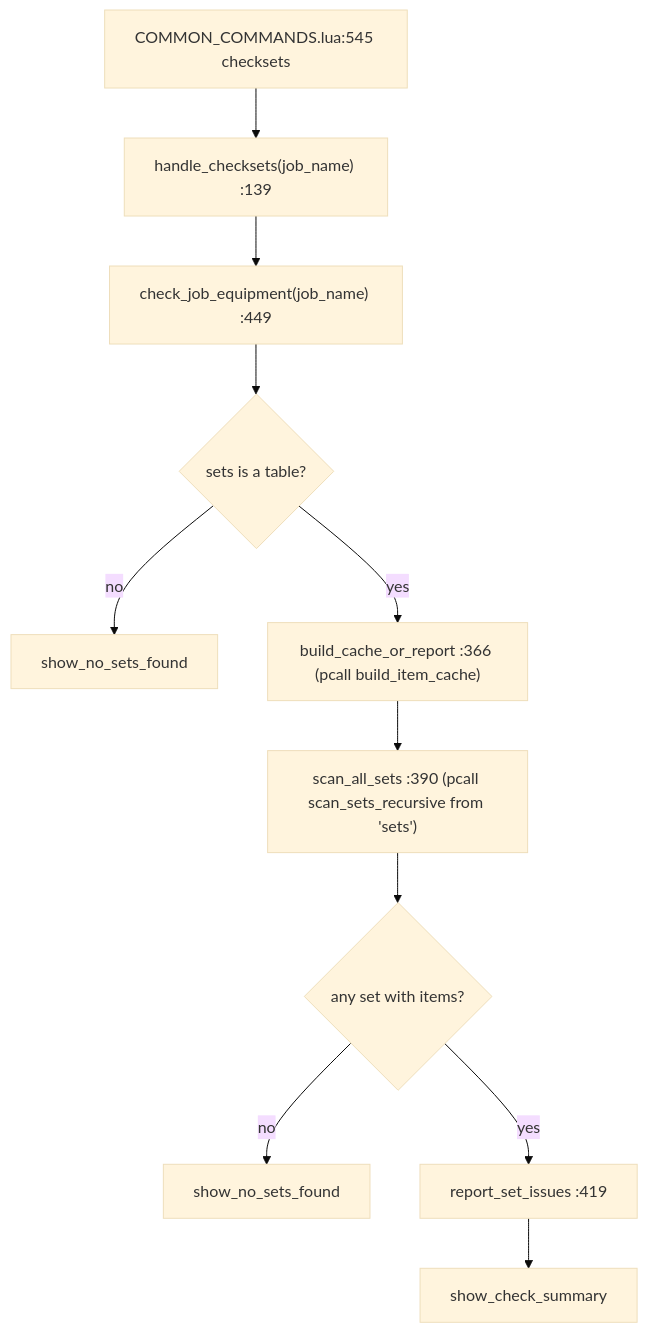
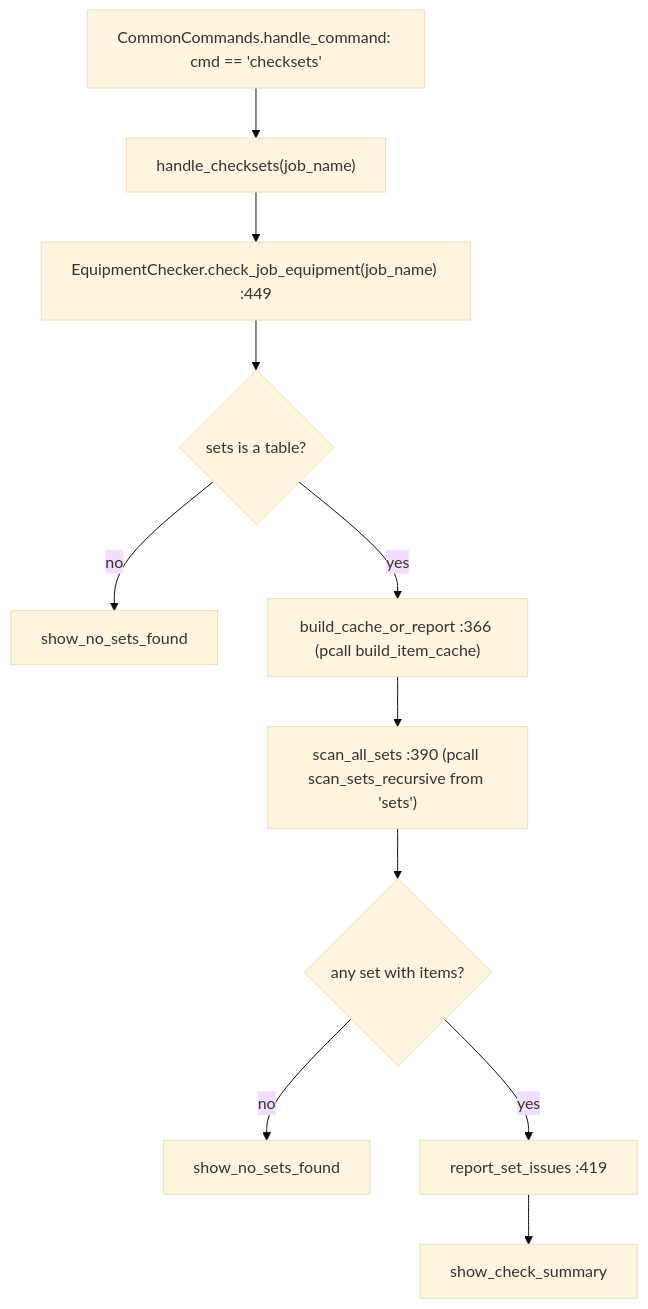
Before and after one commit to ejouanchicot/Gearswap: the first of 3 diagrams in docs/dev/systems/equipment-and-inventory.md, drawn with Mermaid (base theme). The commit also changed other lines of this file and 3 other files, not shown here.

````diff
--- a/docs/dev/systems/equipment-and-inventory.md
+++ b/docs/dev/systems/equipment-and-inventory.md
@@ -34,13 +84,13 @@
 ```mermaid
 flowchart TD
-    A["COMMON_COMMANDS.lua:545 checksets"] --> B["handle_checksets(job_name) :139"]
-    B --> C["check_job_equipment(job_name) :449"]
+    A["CommonCommands.handle_command: cmd == 'checksets'"] --> B["handle_checksets(job_name)"]
+    B --> C["EquipmentChecker.check_job_equipment(job_name) :449"]
     C --> D{"sets is a table?"}
     D -- no --> X1["show_no_sets_found"]
     D -- yes --> E["build_cache_or_report :366 (pcall build_item_cache)"]
     E --> F["scan_all_sets :390 (pcall scan_sets_recursive from 'sets')"]
     F --> G{"any set with items?"}
     G -- no --> X2["show_no_sets_found"]
     G -- yes --> H["report_set_issues :419"]
     H --> I["show_check_summary"]
 ```
````
